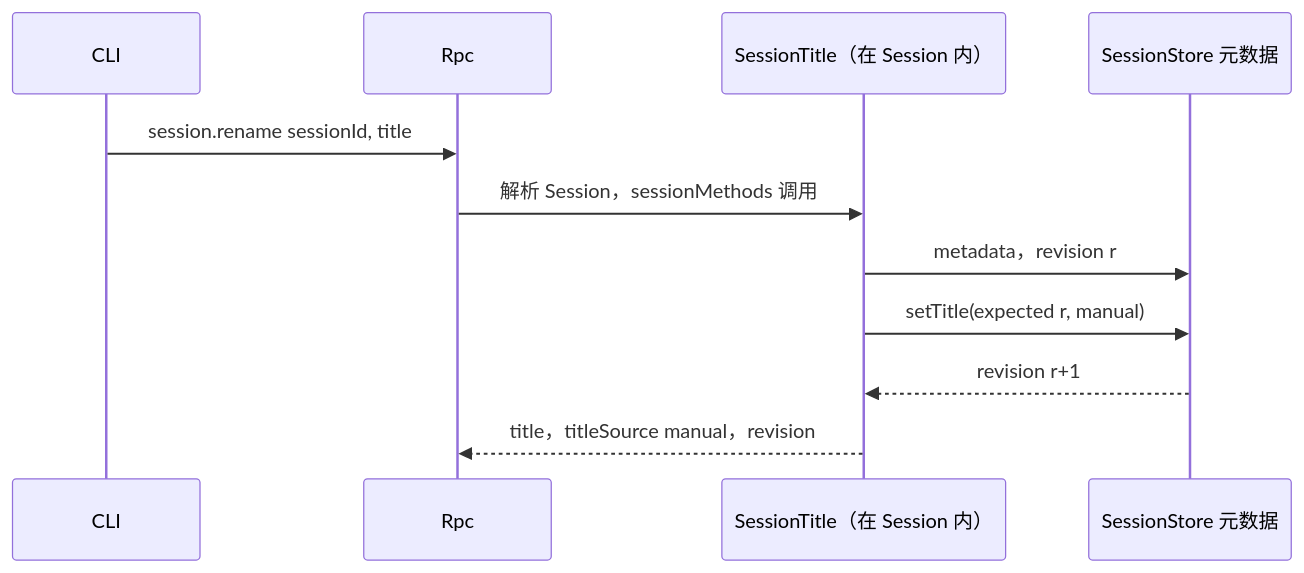
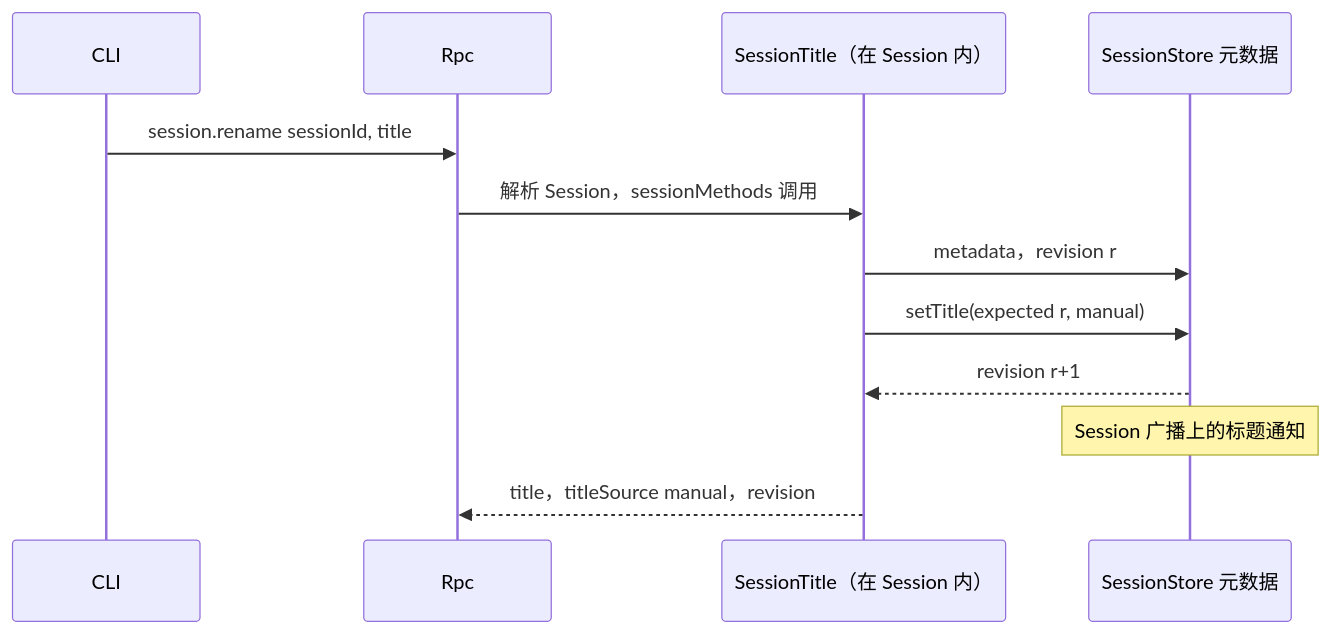
Before and after one commit to CoutinhoTTS/dim-agent: the fourth of 5 diagrams in docs/zh/design/plugins/SessionTitle.md, drawn with Mermaid. The commit also changed other lines of this file and 42 other files, not shown here.

````diff
--- a/docs/zh/design/plugins/SessionTitle.md
+++ b/docs/zh/design/plugins/SessionTitle.md
@@ -89,13 +91,14 @@
 ```mermaid
 sequenceDiagram
   participant CLI
   participant Rpc
   participant ST as SessionTitle（在 Session 内）
   participant Meta as SessionStore 元数据
   CLI->>Rpc: session.rename sessionId, title
   Rpc->>ST: 解析 Session，sessionMethods 调用
   ST->>Meta: metadata，revision r
   ST->>Meta: setTitle(expected r, manual)
   Meta-->>ST: revision r+1
+  Note over Meta: Session 广播上的标题通知
   ST-->>Rpc: title，titleSource manual，revision
 ```
````
